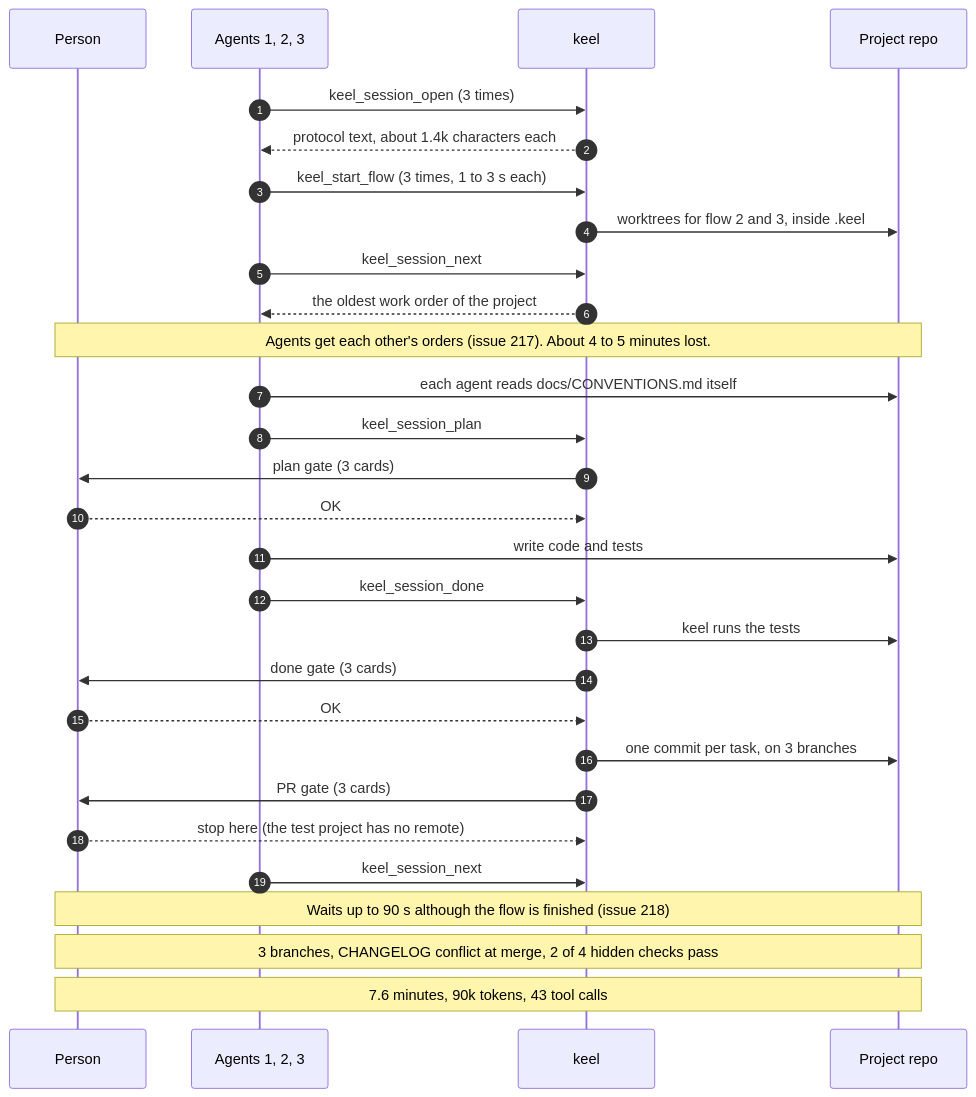
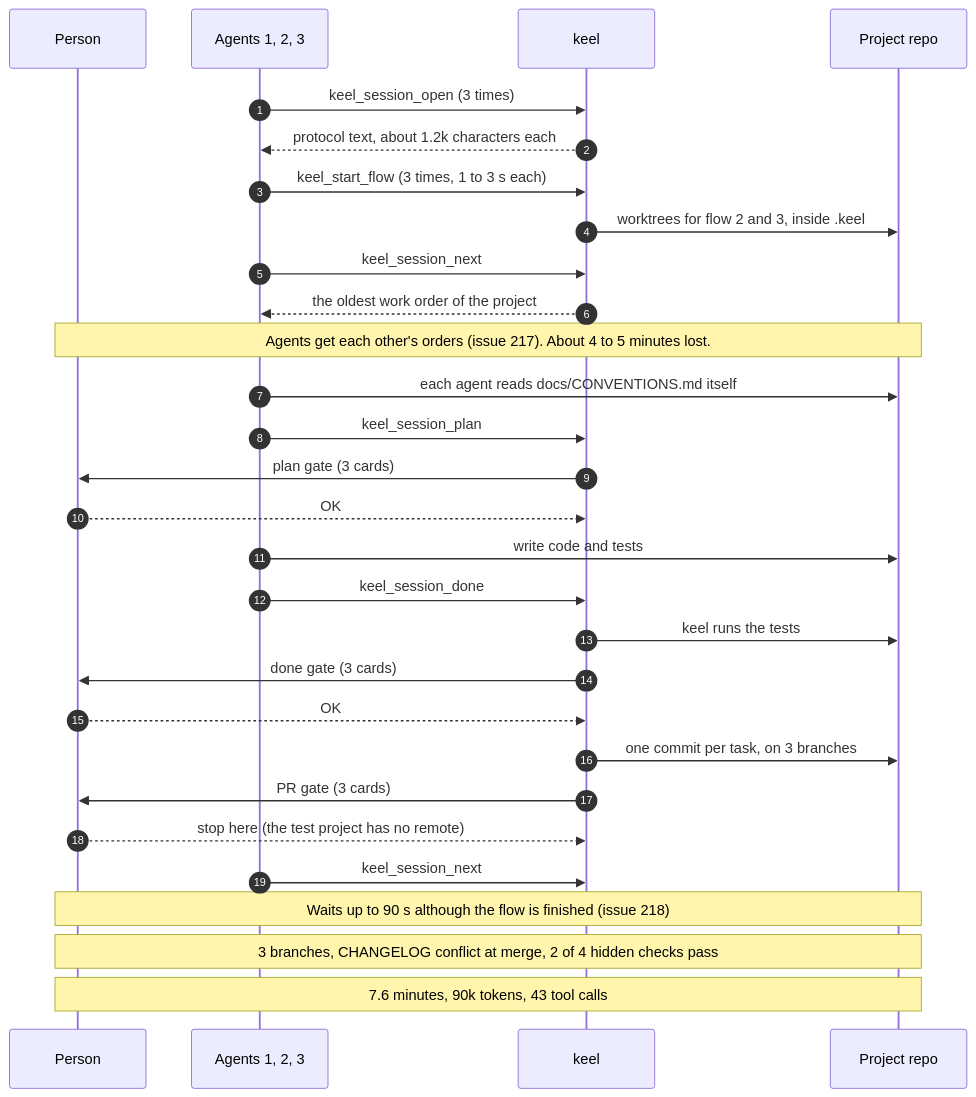
One commit to MiladNalbandi/keel-v2 changed the second of 7 diagrams in docs/research/keel-feature-proposal.md. Above: the diagram before and after it, drawn with Mermaid. The commit also changed other lines of this file and 6 other files, not shown here.

````diff
--- a/docs/research/keel-feature-proposal.md
+++ b/docs/research/keel-feature-proposal.md
@@ -213,32 +234,32 @@
 ```mermaid
 sequenceDiagram
   autonumber
   participant P as Person
   participant A as Agents 1, 2, 3
   participant K as keel
   participant R as Project repo
 
   A->>K: keel_session_open (3 times)
-  K-->>A: protocol text, about 1.4k characters each
+  K-->>A: protocol text, about 1.2k characters each
   A->>K: keel_start_flow (3 times, 1 to 3 s each)
   K->>R: worktrees for flow 2 and 3, inside .keel
   A->>K: keel_session_next
   K-->>A: the oldest work order of the project
   Note over P,R: Agents get each other's orders (issue 217). About 4 to 5 minutes lost.
   A->>R: each agent reads docs/CONVENTIONS.md itself
   A->>K: keel_session_plan
   K->>P: plan gate (3 cards)
   P-->>K: OK
   A->>R: write code and tests
   A->>K: keel_session_done
   K->>R: keel runs the tests
   K->>P: done gate (3 cards)
   P-->>K: OK
   K->>R: one commit per task, on 3 branches
   K->>P: PR gate (3 cards)
   P-->>K: stop here (the test project has no remote)
   A->>K: keel_session_next
   Note over P,R: Waits up to 90 s although the flow is finished (issue 218)
   Note over P,R: 3 branches, CHANGELOG conflict at merge, 2 of 4 hidden checks pass
   Note over P,R: 7.6 minutes, 90k tokens, 43 tool calls
 ```
````
